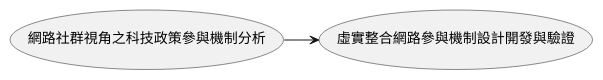
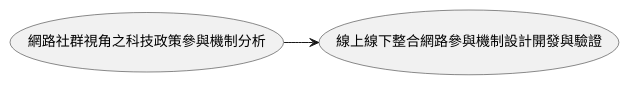
The first of 3 diagrams in report2/README.org (SenseTW/ArrTMDReport), drawn with PlantUML before and after one commit. The commit also changed other lines of this file, not shown here.

```diff
--- a/report2/README.org
+++ b/report2/README.org
@@ -165,3 +165,3 @@
 #+BEGIN_SRC plantuml :results none :file ./images/research_arch.png cache: on
-(網路社群視角之科技政策參與機制分析) ->  (虛實整合網路參與機制設計開發與驗證)
+(網路社群視角之科技政策參與機制分析) ->  (線上線下整合網路參與機制設計開發與驗證)
 #+END_SRC
```
